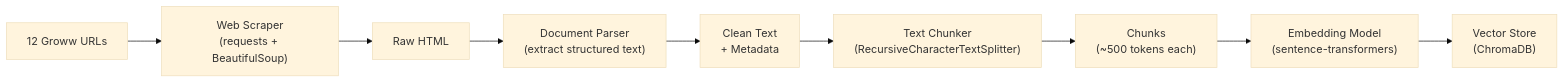
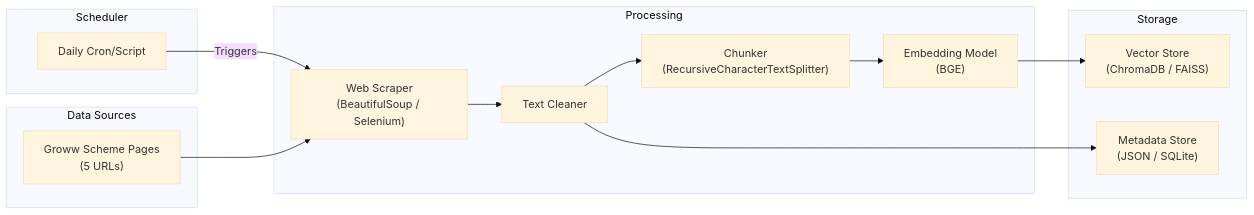
One commit to PranavKuntewar04/RAG_CHATBOT changed the second of 7 diagrams in docs/architecture.md. Above: the diagram before and after it, drawn with Mermaid (base theme). The commit also changed other lines of this file and 86 other files, not shown here.

````diff
--- a/docs/architecture.md
+++ b/docs/architecture.md
@@ -66,11 +46,26 @@
 ```mermaid
 flowchart LR
-    A["12 Groww URLs"] --> B["Web Scraper\n(requests + BeautifulSoup)"]
-    B --> C["Raw HTML"]
-    C --> D["Document Parser\n(extract structured text)"]
-    D --> E["Clean Text\n+ Metadata"]
-    E --> F["Text Chunker\n(RecursiveCharacterTextSplitter)"]
-    F --> G["Chunks\n(~500 tokens each)"]
-    G --> H["Embedding Model\n(sentence-transformers)"]
-    H --> I["Vector Store\n(ChromaDB)"]
+    subgraph Scheduler
+        T1["Daily Cron/Script"]
+    end
+
+    subgraph Sources["Data Sources"]
+        S1["Groww Scheme Pages\n(5 URLs)"]
+    end
+
+    subgraph Processing["Processing"]
+        P1["Web Scraper\n(BeautifulSoup / Selenium)"]
+        P3["Text Cleaner"]
+        P4["Chunker\n(RecursiveCharacterTextSplitter)"]
+        P5["Embedding Model\n(BGE)"]
+    end
+
+    subgraph Storage["Storage"]
+        V1["Vector Store\n(ChromaDB / FAISS)"]
+        M1["Metadata Store\n(JSON / SQLite)"]
+    end
+
+    T1 -->|Triggers| P1
+    S1 --> P1 --> P3 --> P4 --> P5 --> V1
+    P3 --> M1
 ```
````
